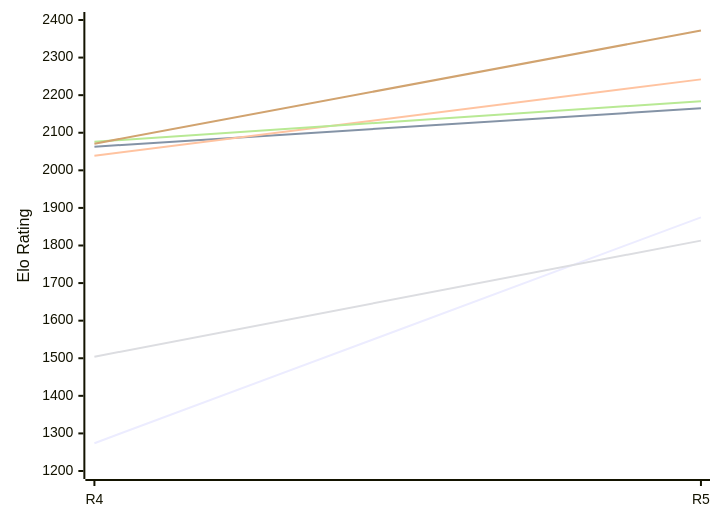
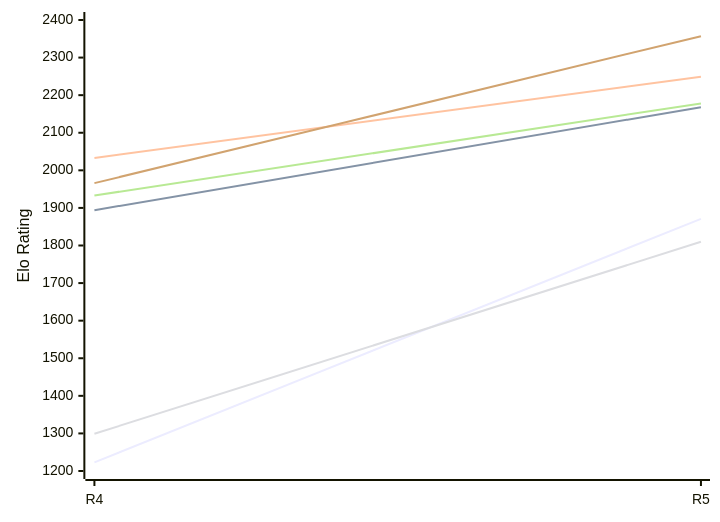
One commit to computer-chess-index/cci changed the first of 2 diagrams in engines/Viking.md. Above: the diagram before and after it, drawn with Mermaid. The commit also changed other lines of this file, not shown here.

Commit message:
Update CCI Ratings (ELO VLTC) - 2026-11-14

````diff
--- a/engines/Viking.md
+++ b/engines/Viking.md
@@ -50,12 +50,12 @@
 ```mermaid
 %%{init: {"theme":"base","themeVariables":{"seriesColors:['#a3a3a3','#222221','#faa371']}}}%%
 xychart-beta
   x-axis ["R4", "R5"]
   y-axis "Elo Rating" 1200 --> 2400
-  line "E1: STC (8.0+0.08s)" [1274, 1875]
-  line "E1: LTC (60.0+0.60s)" [2063, 2165]
-  line "E1: VLTC (2m24s+1.12s)" [2039, 2242]
-  line "P1: STC (8.0+0.08s)" [1504, 1813]
-  line "P1: LTC (60.0+0.60s)" [2076, 2184]
-  line "P1: VLTC (2m24s+1.12s)" [2071, 2372]
+  line "E1: STC (8.0+0.08s)" [1223, 1871]
+  line "E1: LTC (60.0+0.60s)" [1894, 2168]
+  line "E1: VLTC (2m24s+1.12s)" [2033, 2249]
+  line "P1: STC (8.0+0.08s)" [1299, 1810]
+  line "P1: LTC (60.0+0.60s)" [1933, 2178]
+  line "P1: VLTC (2m24s+1.12s)" [1966, 2357]
 ```
````
